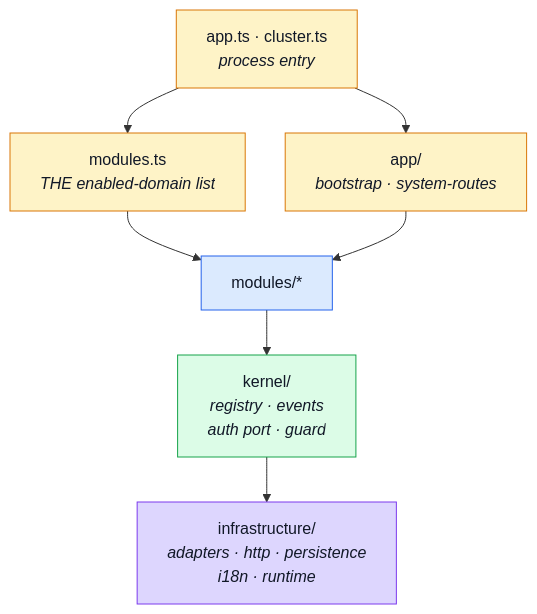
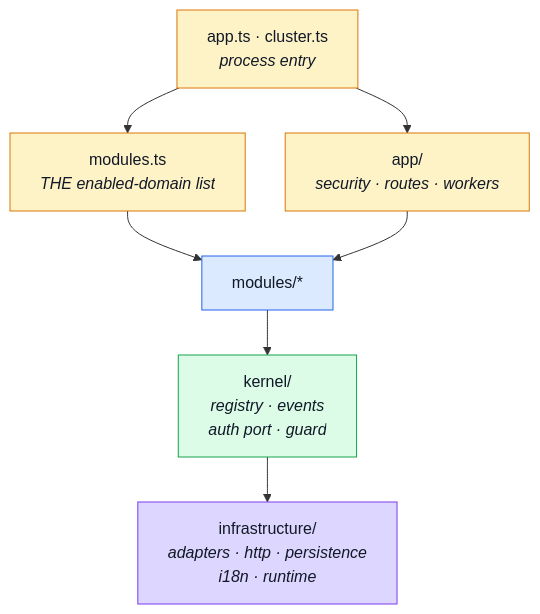
One commit to Guebbit/boilerplate-node-backend changed the third of 7 diagrams in docs/theory/modules.md. Above: the diagram before and after it, drawn with Mermaid. The commit also changed other lines of this file and 130 other files, not shown here.

````diff
--- a/docs/theory/modules.md
+++ b/docs/theory/modules.md
@@ -199,23 +187,23 @@
 ```mermaid
 %%{init: {'flowchart': {'nodeSpacing': 40, 'rankSpacing': 45}}}%%
 flowchart TD
     ENTRY["app.ts · cluster.ts<br/><i>process entry</i>"]
     REG["modules.ts<br/><i>THE enabled-domain list</i>"]
-    APP["app/<br/><i>bootstrap · system-routes</i>"]
+    APP["app/<br/><i>security · routes · workers</i>"]
     MODS["modules/*"]
     PLAT["kernel/<br/><i>registry · events<br/>auth port · guard</i>"]
     CORE["infrastructure/<br/><i>adapters · http · persistence<br/>i18n · runtime</i>"]
 
     ENTRY --> REG --> MODS
     ENTRY --> APP --> MODS
     MODS --> PLAT --> CORE
 
     classDef app fill:#fef3c7,stroke:#d97706,color:#111827;
     classDef domain fill:#dbeafe,stroke:#2563eb,color:#111827;
     classDef plat fill:#dcfce7,stroke:#16a34a,color:#111827;
     classDef infrastructure fill:#ddd6fe,stroke:#7c3aed,color:#111827;
     class ENTRY,REG,APP app;
     class MODS domain;
     class PLAT plat;
     class CORE infrastructure;
 ```
````
